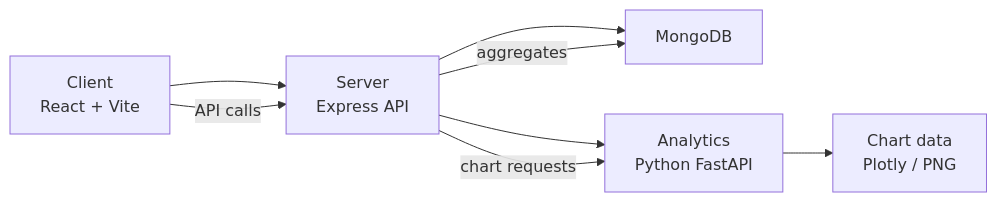
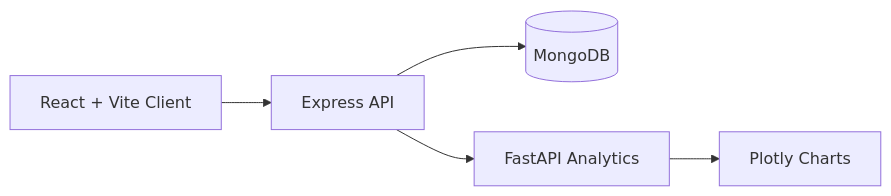
One commit to 0Raghav-Sharma0/mantra4Change changed the first of 2 diagrams in README.md. Above: the diagram before and after it, drawn with Mermaid. The commit also changed other lines of this file, not shown here.

````diff
--- a/README.md
+++ b/README.md
@@ -86,10 +150,10 @@
 ```mermaid
 flowchart LR
-  A[Client<br/>React + Vite] --> B[Server<br/>Express API]
-  B --> C[MongoDB]
-  B --> D[Analytics<br/>Python FastAPI]
-  D --> E[Chart data<br/>Plotly / PNG]
-  A -->|API calls| B
-  B -->|aggregates| C
-  B -->|chart requests| D
+    Client[React + Vite Client]
+        --> Server[Express API]
+
+    Server --> MongoDB[(MongoDB)]
+    Server --> Analytics[FastAPI Analytics]
+
+    Analytics --> Charts[Plotly Charts]
 ```
````
